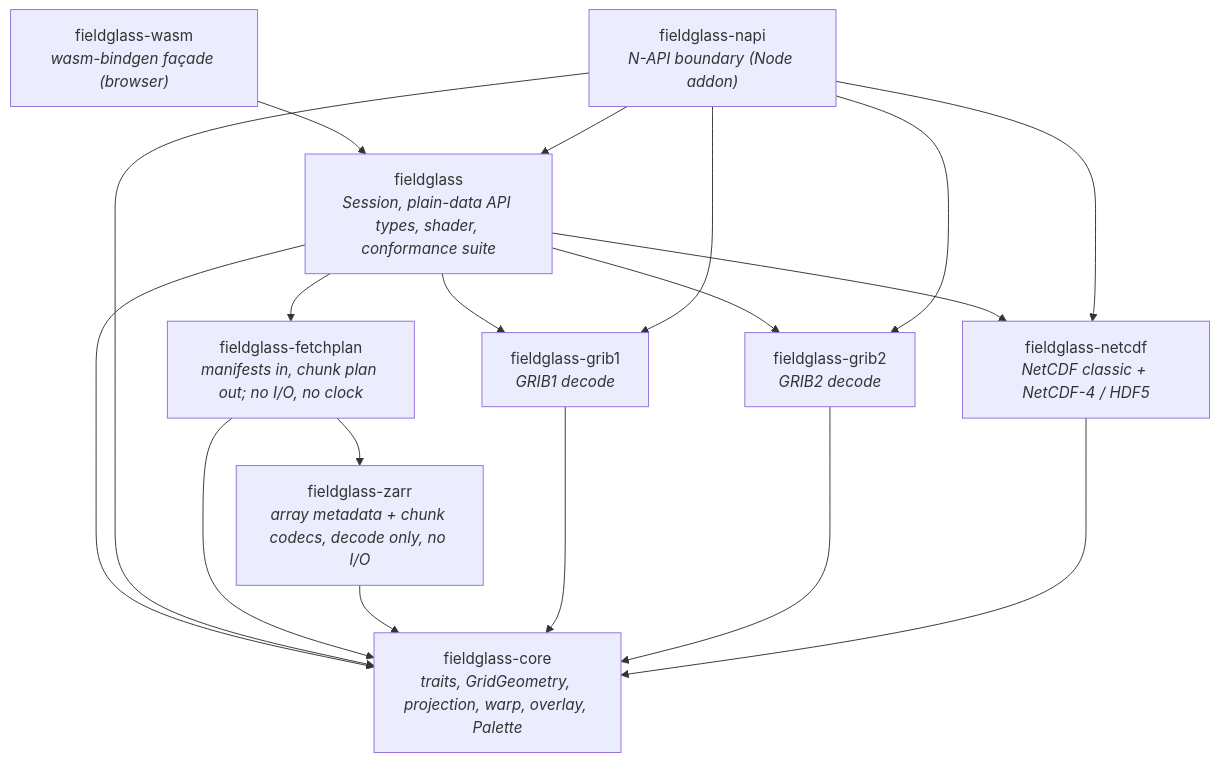
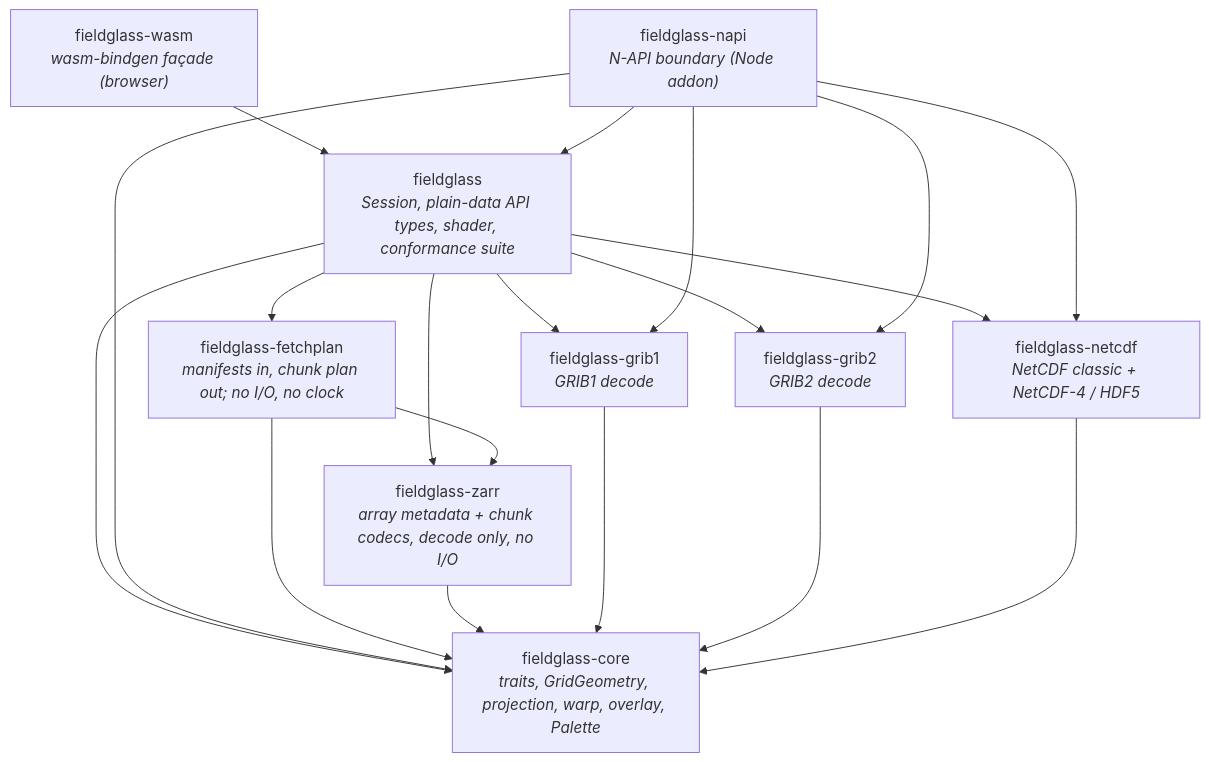
The diagram in docs/architecture/01-crates.md (D0ubleD0uble/fieldglass), drawn with Mermaid before and after one commit. The commit also changed other lines of this file and 32 other files, not shown here.

````diff
--- a/docs/architecture/01-crates.md
+++ b/docs/architecture/01-crates.md
@@ -18,30 +18,31 @@
 ```mermaid
 flowchart TD
     napi["fieldglass-napi<br/><i>N-API boundary (Node addon)</i>"]
     wasm["fieldglass-wasm<br/><i>wasm-bindgen façade (browser)</i>"]
     fieldglass["fieldglass<br/><i>Session, plain-data API types, shader, conformance suite</i>"]
     grib1["fieldglass-grib1<br/><i>GRIB1 decode</i>"]
     grib2["fieldglass-grib2<br/><i>GRIB2 decode</i>"]
     netcdf["fieldglass-netcdf<br/><i>NetCDF classic + NetCDF-4 / HDF5</i>"]
     core["fieldglass-core<br/><i>traits, GridGeometry, projection, warp, overlay, Palette</i>"]
     fetchplan["fieldglass-fetchplan<br/><i>manifests in, chunk plan out; no I/O, no clock</i>"]
     zarr["fieldglass-zarr<br/><i>array metadata + chunk codecs, decode only, no I/O</i>"]
 
     wasm --> fieldglass
     fieldglass --> grib1
     fieldglass --> grib2
     fieldglass --> netcdf
+    fieldglass --> zarr
     fieldglass --> core
     fieldglass --> fetchplan
     napi --> fieldglass
     napi --> grib1
     napi --> grib2
     napi --> netcdf
     napi --> core
     fetchplan --> core
     fetchplan --> zarr
     zarr --> core
     grib1 --> core
     grib2 --> core
     netcdf --> core
 ```
````
